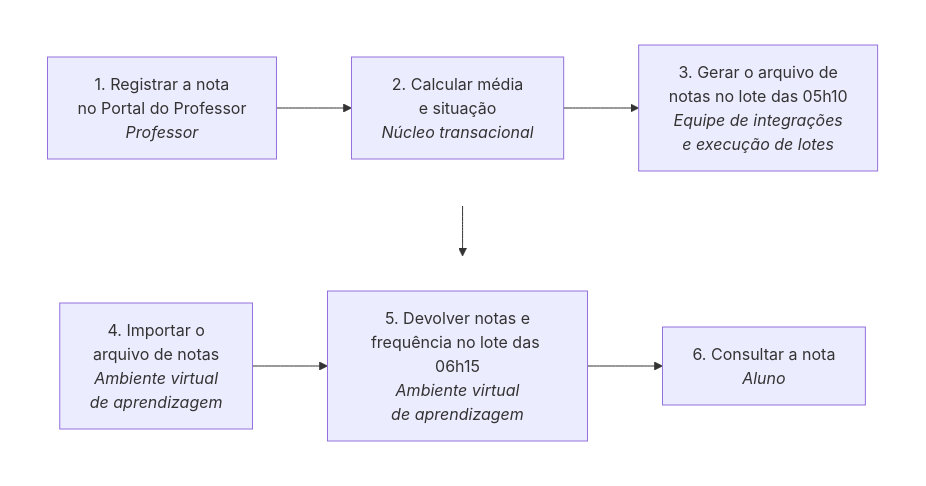
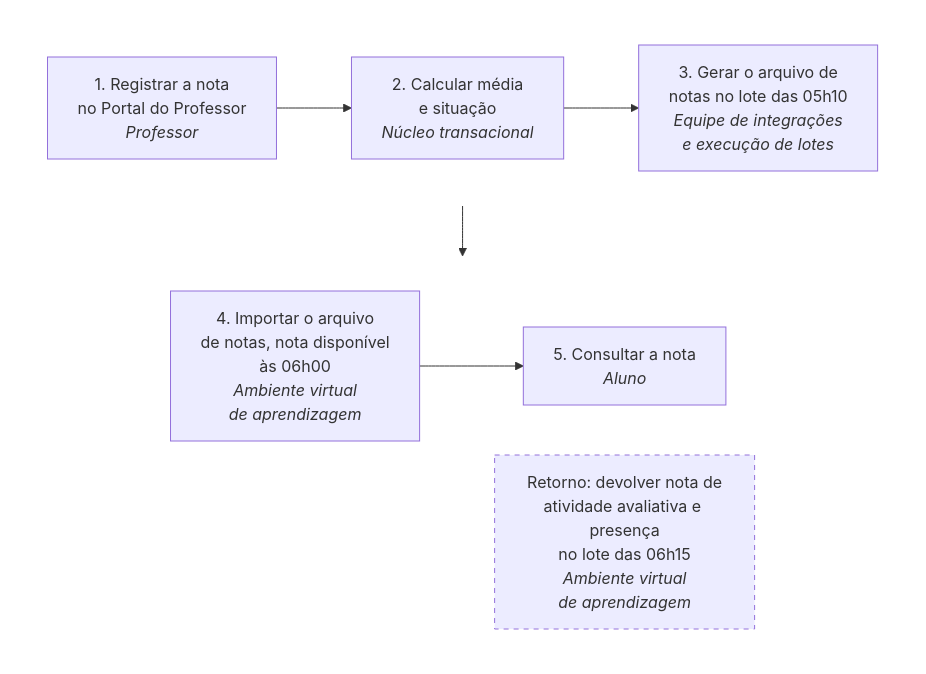
Before and after one commit to aulas-marco/projeto-arquitetura-software: the third of 3 diagrams in docs/modulo-4-dominios-da-solucao/bloco-1-arquitetura-de-negocio.md, drawn with Mermaid. The commit also changed other lines of this file and 22 other files, not shown here.

````diff
--- a/docs/modulo-4-dominios-da-solucao/bloco-1-arquitetura-de-negocio.md
+++ b/docs/modulo-4-dominios-da-solucao/bloco-1-arquitetura-de-negocio.md
@@ -230,14 +230,16 @@
 ```mermaid
 flowchart TB
     subgraph L1[" "]
         direction LR
         A1["1. Registrar a nota<br/>no Portal do Professor<br/><i>Professor</i>"] --> A2["2. Calcular média<br/>e situação<br/><i>Núcleo transacional</i>"] --> A3["3. Gerar o arquivo de<br/>notas no lote das 05h10<br/><i>Equipe de integrações<br/>e execução de lotes</i>"]
     end
     subgraph L2[" "]
         direction LR
-        A4["4. Importar o<br/>arquivo de notas<br/><i>Ambiente virtual<br/>de aprendizagem</i>"] --> A5["5. Devolver notas e<br/>frequência no lote das 06h15<br/><i>Ambiente virtual<br/>de aprendizagem</i>"] --> A6["6. Consultar a nota<br/><i>Aluno</i>"]
+        A4["4. Importar o arquivo<br/>de notas, nota disponível<br/>às 06h00<br/><i>Ambiente virtual<br/>de aprendizagem</i>"] --> A5["5. Consultar a nota<br/><i>Aluno</i>"]
+        AR["Retorno: devolver nota de<br/>atividade avaliativa e presença<br/>no lote das 06h15<br/><i>Ambiente virtual<br/>de aprendizagem</i>"]
     end
     L1 --> L2
     style L1 fill:none,stroke:none
     style L2 fill:none,stroke:none
+    style AR stroke-dasharray: 5 5
 ```
````
